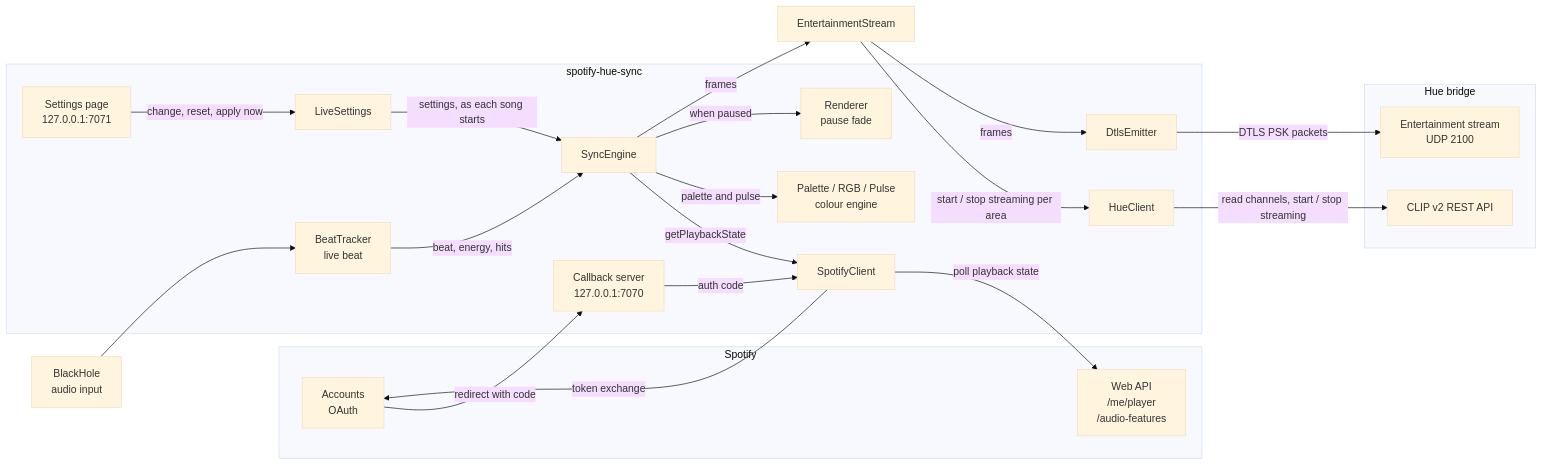
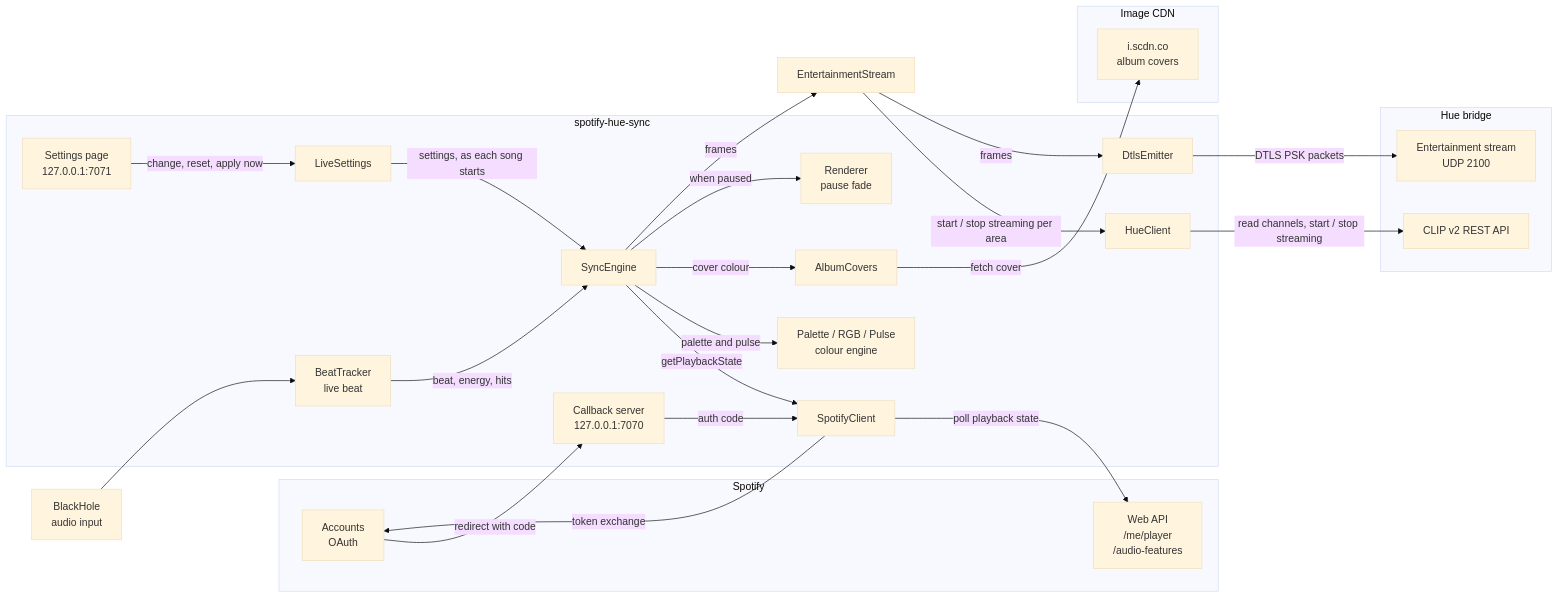
Before and after one commit to LorenzoPrinsloo/spotify-hue-sync: the first of 3 diagrams in docs/architecture.md, drawn with Mermaid (base theme). The commit also changed other lines of this file and 3 other files, not shown here.

Commit message:
Document album cover base colour in architecture and how-it-works docs

````diff
--- a/docs/architecture.md
+++ b/docs/architecture.md
@@ -15,42 +15,49 @@
 ```mermaid
 flowchart LR
     subgraph Spotify
         API[Web API<br/>/me/player<br/>/audio-features]
         ACC[Accounts<br/>OAuth]
     end
 
     subgraph App[spotify-hue-sync]
         CB[Callback server<br/>127.0.0.1:7070]
         SC[SpotifyClient]
         SE[SyncEngine]
+        AC[AlbumCovers]
         PAL[Palette / RGB / Pulse<br/>colour engine]
         REN[Renderer<br/>pause fade]
         BT[BeatTracker<br/>live beat]
         HC[HueClient]
         DE[DtlsEmitter]
         LS[LiveSettings]
         UI[Settings page<br/>127.0.0.1:7071]
+    end
+
+    subgraph CDN[Image CDN]
+        IMG[i.scdn.co<br/>album covers]
     end
 
     subgraph Hue[Hue bridge]
         CLIP[CLIP v2 REST API]
         ENT[Entertainment stream<br/>UDP 2100]
     end
 
     ACC -- redirect with code --> CB
     CB -- auth code --> SC
     SC -- token exchange --> ACC
     SC -- poll playback state --> API
     SE -- getPlaybackState --> SC
     SE -- palette and pulse --> PAL
+    SE -- cover colour --> AC
+    AC -- fetch cover --> IMG
     SE -- when paused --> REN
     BH[BlackHole<br/>audio input] --> BT
     BT -- beat, energy, hits --> SE
     SE -- frames --> ES[EntertainmentStream]
     ES -- start / stop streaming per area --> HC
     ES -- frames --> DE
     UI -- change, reset, apply now --> LS
     LS -- settings, as each song starts --> SE
     HC -- read channels, start / stop streaming --> CLIP
     DE -- DTLS PSK packets --> ENT
 ```
````
